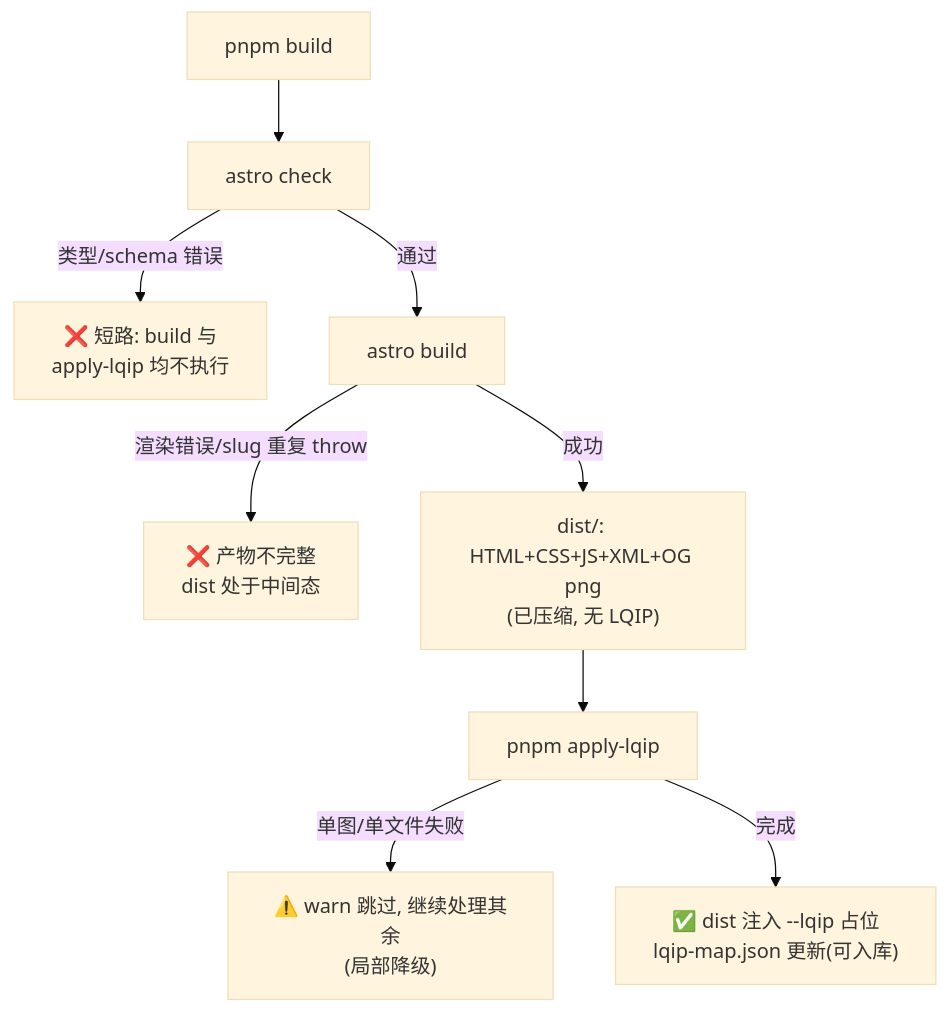
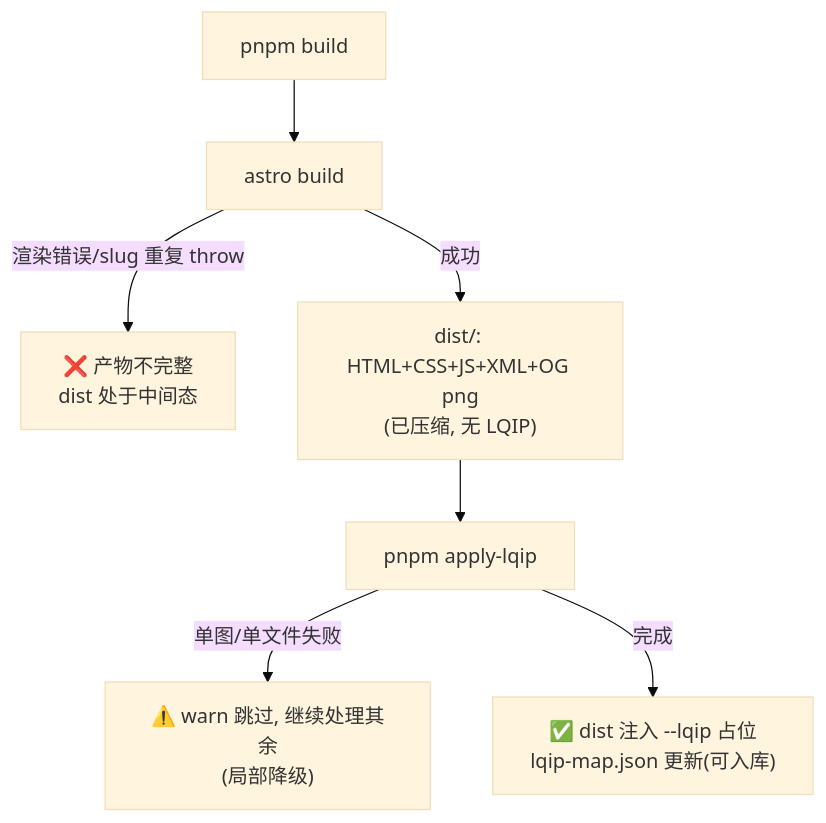
Before and after one commit to Guiyuan1111/guiyuan1111.cn: the fourth of 4 diagrams in note/codebase-analysis/astro-theme-retypeset-2026-09-27_001301/03-workflow.md, drawn with Mermaid (base theme). The commit also changed other lines of this file and 5 other files, not shown here.

````diff
--- a/note/codebase-analysis/astro-theme-retypeset-2026-09-27_001301/03-workflow.md
+++ b/note/codebase-analysis/astro-theme-retypeset-2026-09-27_001301/03-workflow.md
@@ -118,11 +138,9 @@
 ```mermaid
 flowchart TD
-    A["pnpm build"] --> B["astro check"]
-    B -->|"类型/schema 错误"| X1["❌ 短路: build 与<br/>apply-lqip 均不执行"]
-    B -->|"通过"| C["astro build"]
+    A["pnpm build"] --> C["astro build"]
     C -->|"渲染错误/slug 重复 throw"| X2["❌ 产物不完整<br/>dist 处于中间态"]
     C -->|"成功"| D["dist/: HTML+CSS+JS+XML+OG png<br/>(已压缩, 无 LQIP)"]
     D --> E["pnpm apply-lqip"]
     E -->|"单图/单文件失败"| F["⚠️ warn 跳过, 继续处理其余<br/>(局部降级)"]
     E -->|"完成"| G["✅ dist 注入 --lqip 占位<br/>lqip-map.json 更新(可入库)"]
 ```
````
